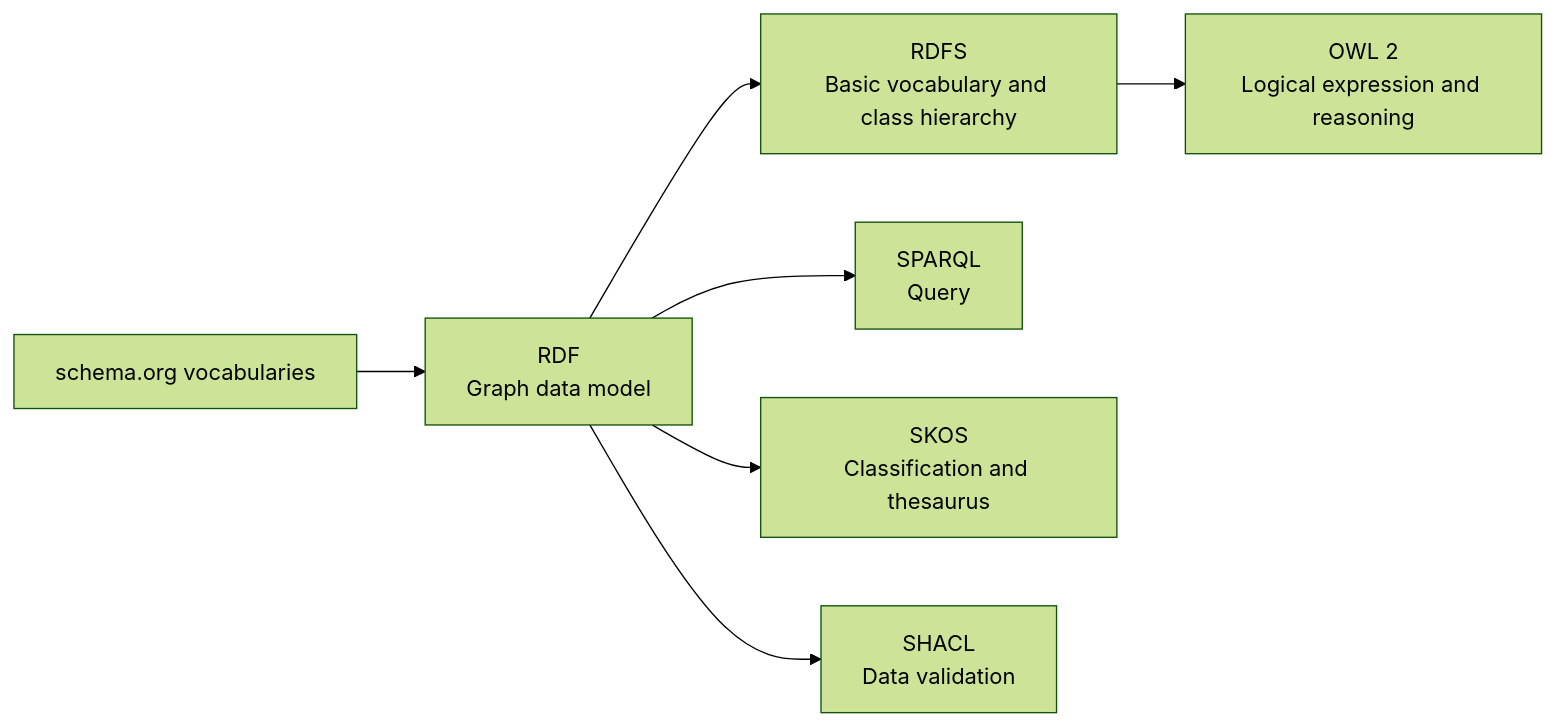
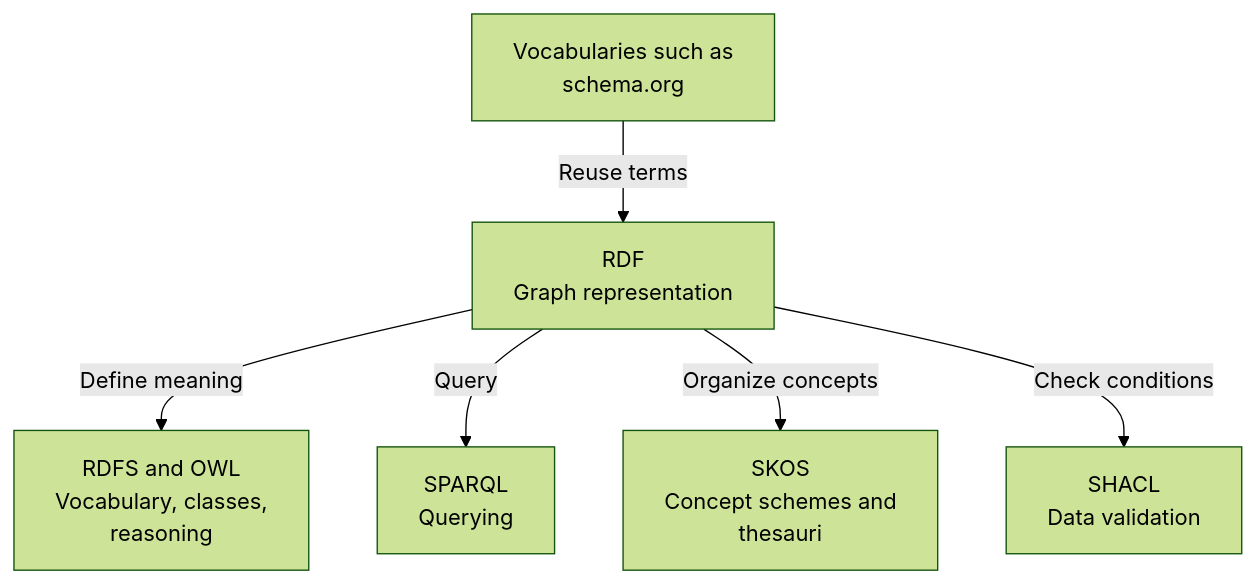
One commit to daylight55/research changed the third of 8 diagrams in articles/report/ontology-concept/en/index.mdx. Above: the diagram before and after it, drawn with Mermaid (forest theme). The commit also changed other lines of this file and 181 other files, not shown here.

First line of the commit message:
全記事の図解368点を再生成し、共通注意書きを削除 (#402)

````diff
--- a/articles/report/ontology-concept/en/index.mdx
+++ b/articles/report/ontology-concept/en/index.mdx
@@ -147,9 +134,16 @@
 ```mermaid
-flowchart LR
-  RDF["RDF<br/>Graph data model"] --> RDFS["RDFS<br/>Basic vocabulary and class hierarchy"]
-  RDFS --> OWL["OWL 2<br/>Logical expression and reasoning"]
-  RDF --> SPARQL["SPARQL<br/>Query"]
-  RDF --> SKOS["SKOS<br/>Classification and thesaurus"]
-  RDF --> SHACL["SHACL<br/>Data validation"]
-  Vocab["schema.org vocabularies"] --> RDF
+flowchart TD
+  accTitle: Distinguish RDF-related standards by purpose
+  accDescr: RDF represents data; RDFS and OWL provide vocabulary and reasoning; SPARQL queries, SKOS organizes concepts and SHACL validates.
+  N0["RDF<br/>Graph representation"]
+  N1["RDFS and OWL<br/>Vocabulary, classes,<br/>reasoning"]
+  N2["SPARQL<br/>Querying"]
+  N3["SKOS<br/>Concept schemes and<br/>thesauri"]
+  N4["SHACL<br/>Data validation"]
+  N5["Vocabularies such as<br/>schema.org"]
+  N0 -->|Define meaning| N1
+  N0 -->|Query| N2
+  N0 -->|Organize concepts| N3
+  N0 -->|Check conditions| N4
+  N5 -->|Reuse terms| N0
 ```
````
